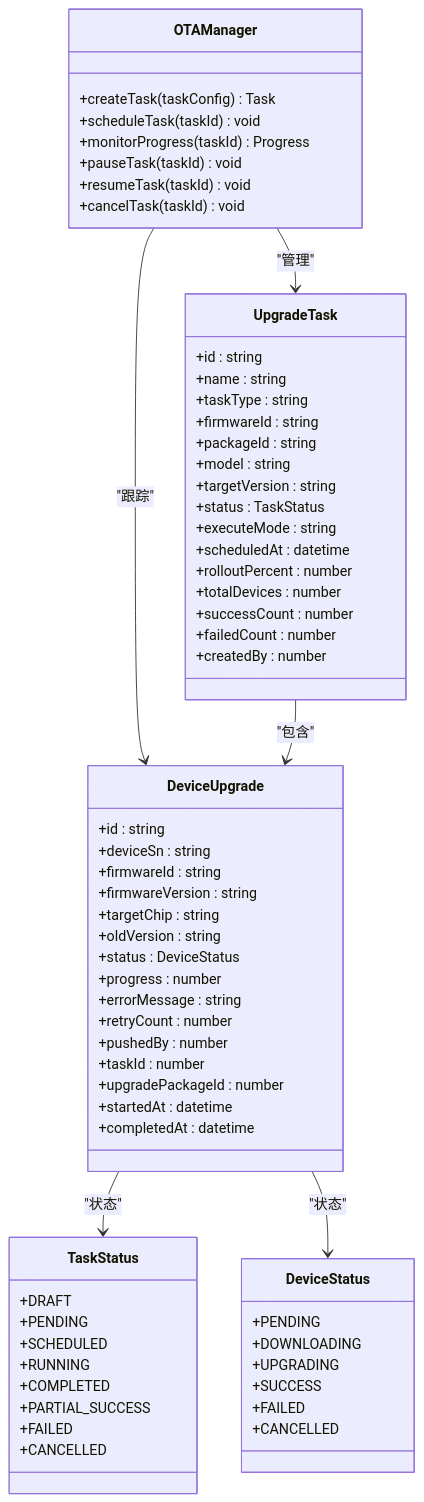
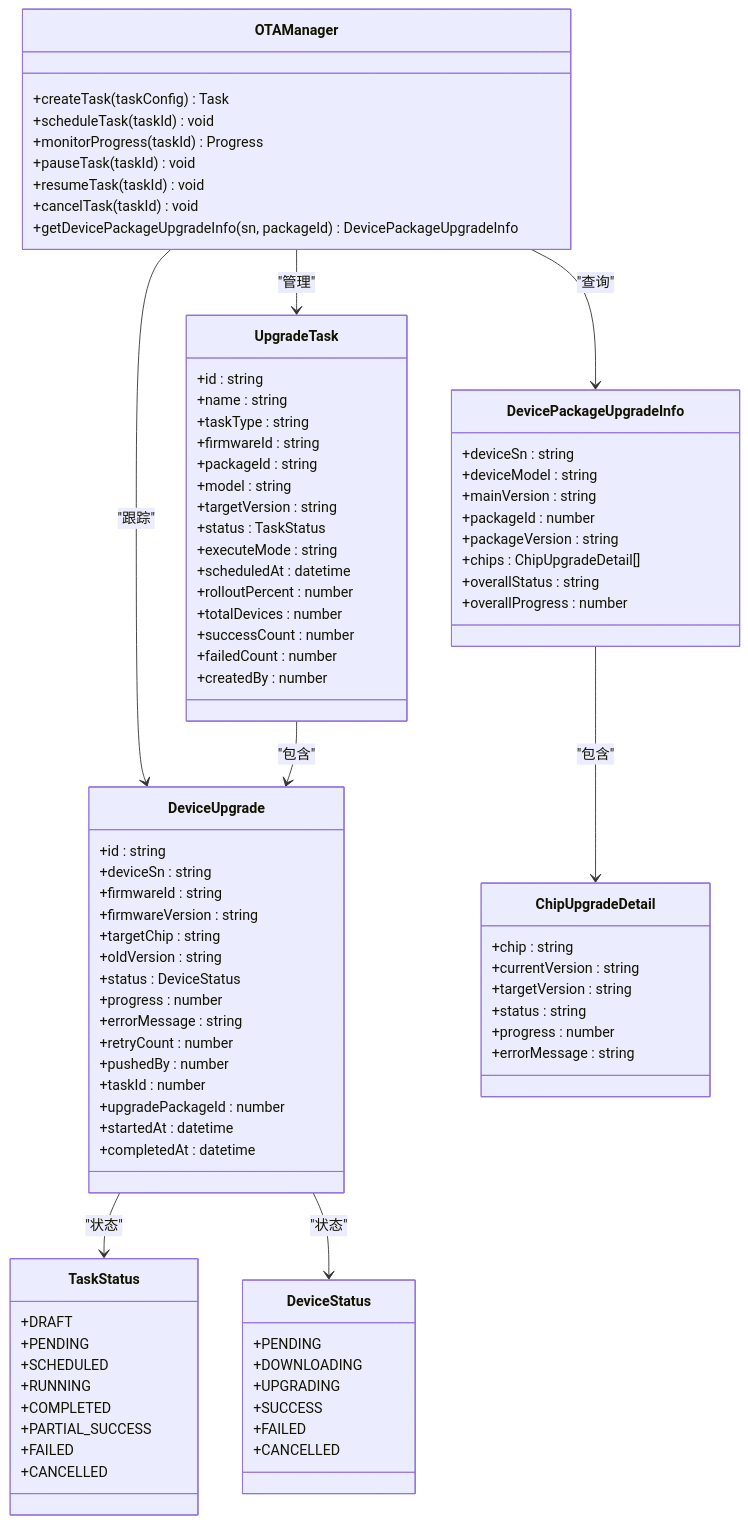
The second of 19 diagrams in .qoder/repowiki/zh/content/OTA升级系统/OTA任务调度/OTA任务调度.md (mcmrzy/cs_inv_monitor-develop), drawn with Mermaid before and after one commit. The commit also changed other lines of this file and 12 other files, not shown here.

````diff
--- a/.qoder/repowiki/zh/content/OTA升级系统/OTA任务调度/OTA任务调度.md
+++ b/.qoder/repowiki/zh/content/OTA升级系统/OTA任务调度/OTA任务调度.md
@@ -107,6 +107,7 @@
 +pauseTask(taskId) void
 +resumeTask(taskId) void
 +cancelTask(taskId) void
++getDevicePackageUpgradeInfo(sn, packageId) DevicePackageUpgradeInfo
 }
 class UpgradeTask {
 +id : string
@@ -142,6 +143,24 @@
 +startedAt : datetime
 +completedAt : datetime
 }
+class DevicePackageUpgradeInfo {
++deviceSn : string
++deviceModel : string
++mainVersion : string
++packageId : number
++packageVersion : string
++chips : ChipUpgradeDetail[]
++overallStatus : string
++overallProgress : number
+}
+class ChipUpgradeDetail {
++chip : string
++currentVersion : string
++targetVersion : string
++status : string
++progress : number
++errorMessage : string
+}
 class TaskStatus {
 +DRAFT
 +PENDING
@@ -162,7 +181,9 @@
 }
 OTAManager --> UpgradeTask : "管理"
 OTAManager --> DeviceUpgrade : "跟踪"
+OTAManager --> DevicePackageUpgradeInfo : "查询"
 UpgradeTask --> DeviceUpgrade : "包含"
 DeviceUpgrade --> TaskStatus : "状态"
 DeviceUpgrade --> DeviceStatus : "状态"
+DevicePackageUpgradeInfo --> ChipUpgradeDetail : "包含"
 ```
````
